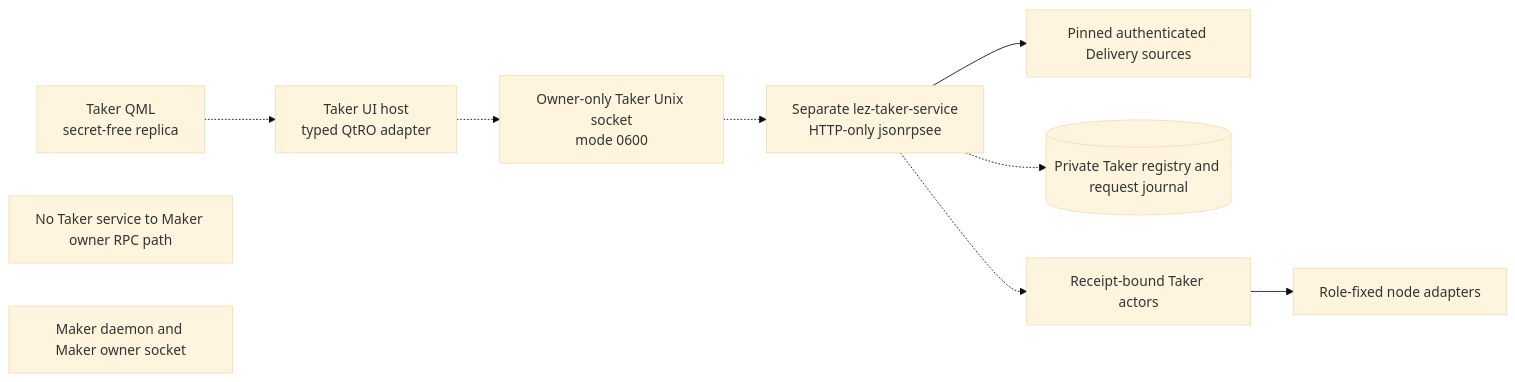
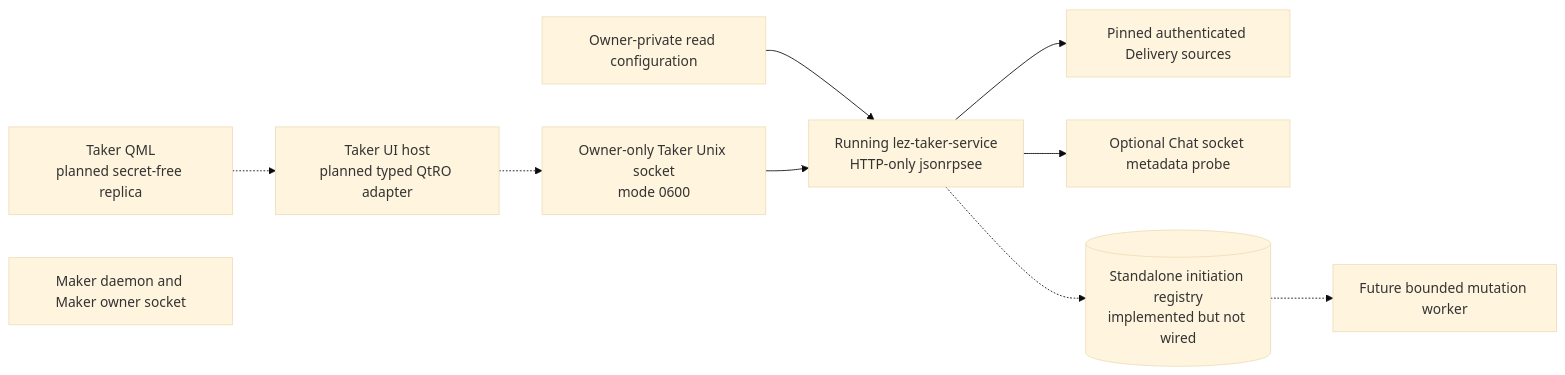
One commit to gateway-fm/lez-atomic-swaps changed the first of 3 diagrams in docs/architecture/0131-isolate-taker-facade-on-owner-service.md. Above: the diagram before and after it, drawn with Mermaid (base theme). The commit also changed other lines of this file and 9 other files, not shown here.

Commit message:
docs(m6): map taker service and admission

````diff
--- a/docs/architecture/0131-isolate-taker-facade-on-owner-service.md
+++ b/docs/architecture/0131-isolate-taker-facade-on-owner-service.md
@@ -40,21 +45,22 @@
 ```mermaid
 flowchart LR
-    Qml["Taker QML<br/>secret-free replica"]
-    Host["Taker UI host<br/>typed QtRO adapter"]
+    Qml["Taker QML<br/>planned secret-free replica"]
+    Host["Taker UI host<br/>planned typed QtRO adapter"]
+    Config["Owner-private read configuration"]
     Socket["Owner-only Taker Unix socket<br/>mode 0600"]
-    Service["Separate lez-taker-service<br/>HTTP-only jsonrpsee"]
-    Boundary["No Taker service to Maker owner RPC path"]
+    Service["Running lez-taker-service<br/>HTTP-only jsonrpsee"]
     Delivery["Pinned authenticated Delivery sources"]
-    Registry[("Private Taker registry and request journal")]
-    Actors["Receipt-bound Taker actors"]
-    Nodes["Role-fixed node adapters"]
+    Chat["Optional Chat socket metadata probe"]
+    Registry[("Standalone initiation registry<br/>implemented but not wired")]
+    Worker["Future bounded mutation worker"]
     Maker["Maker daemon and Maker owner socket"]
 
     Qml -.-> Host
     Host -.-> Socket
-    Socket -.-> Service
+    Config --> Service
+    Socket --> Service
     Service --> Delivery
+    Service --> Chat
     Service -.-> Registry
-    Service -.-> Actors
-    Actors --> Nodes
+    Registry -.-> Worker
 ```
````
